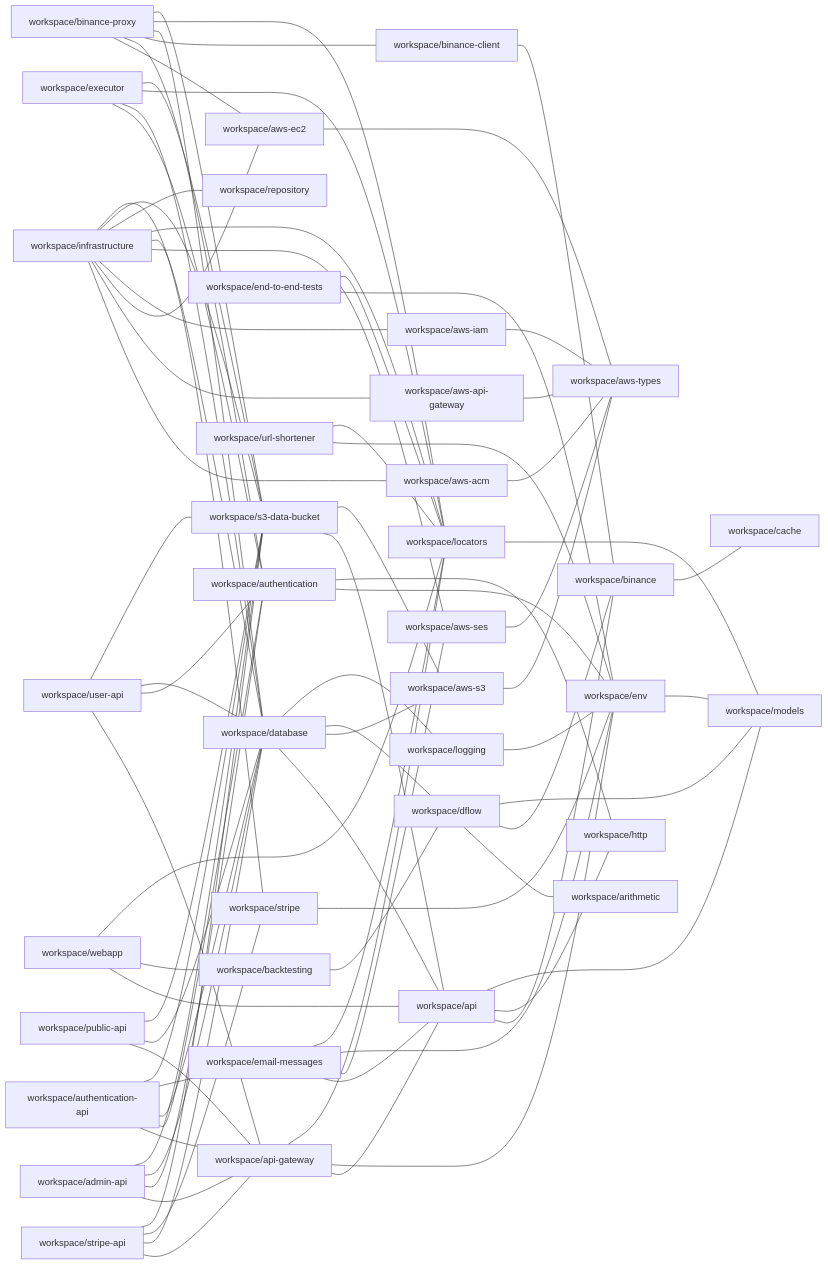
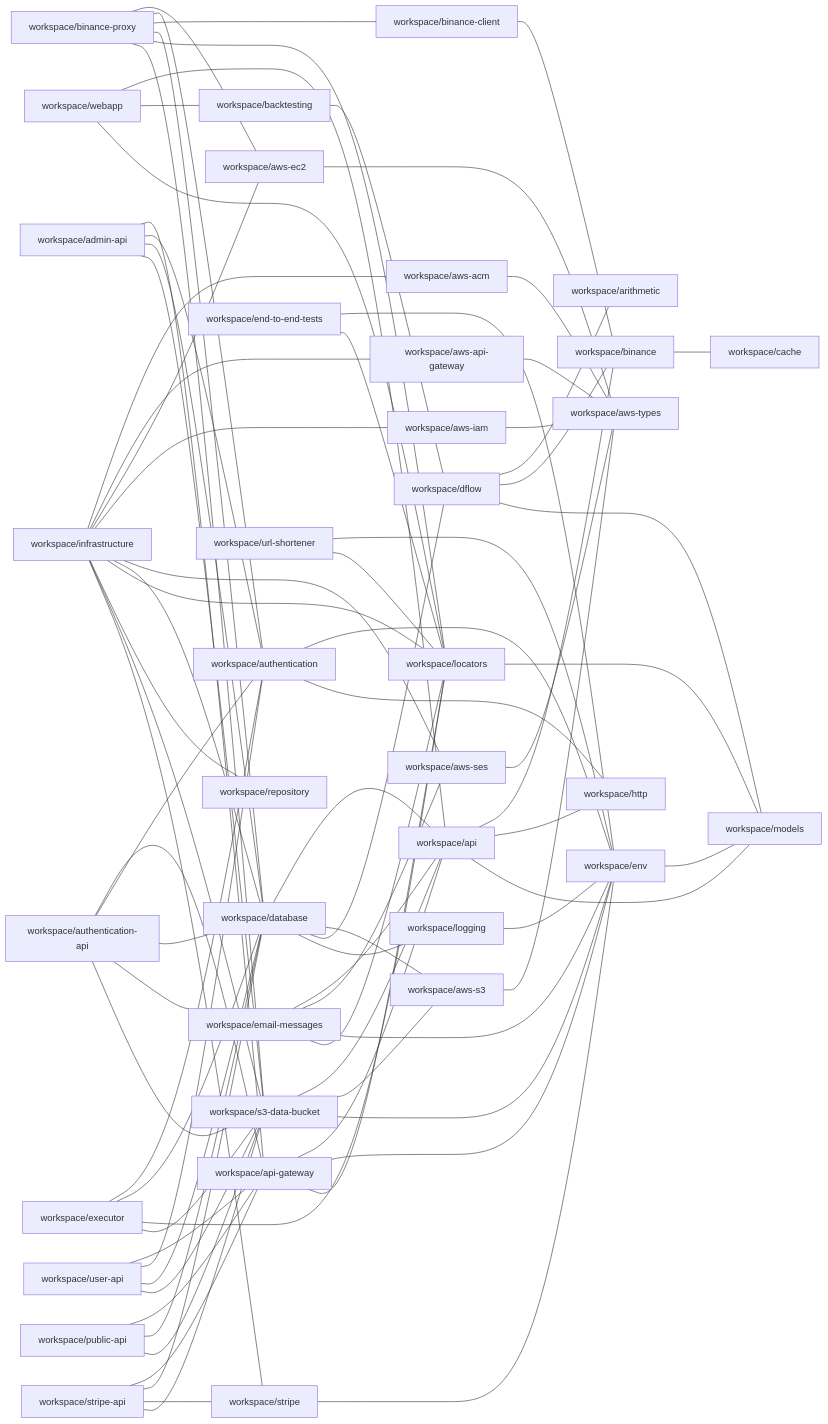
Before and after one commit to ggbot-org/ggbot: the diagram in docs/npm-dependencies.md, drawn with Mermaid. The commit also changed other lines of this file and 13 other files, not shown here.

```diff
--- a/docs/npm-dependencies.md
+++ b/docs/npm-dependencies.md
@@ -71,6 +72,7 @@
     workspace/public-api --- workspace/s3-data-bucket
     workspace/s3-data-bucket --- workspace/api
     workspace/s3-data-bucket --- workspace/aws-s3
+    workspace/s3-data-bucket --- workspace/env
     workspace/stripe --- workspace/env
     workspace/stripe-api --- workspace/api-gateway
     workspace/stripe-api --- workspace/database
```
